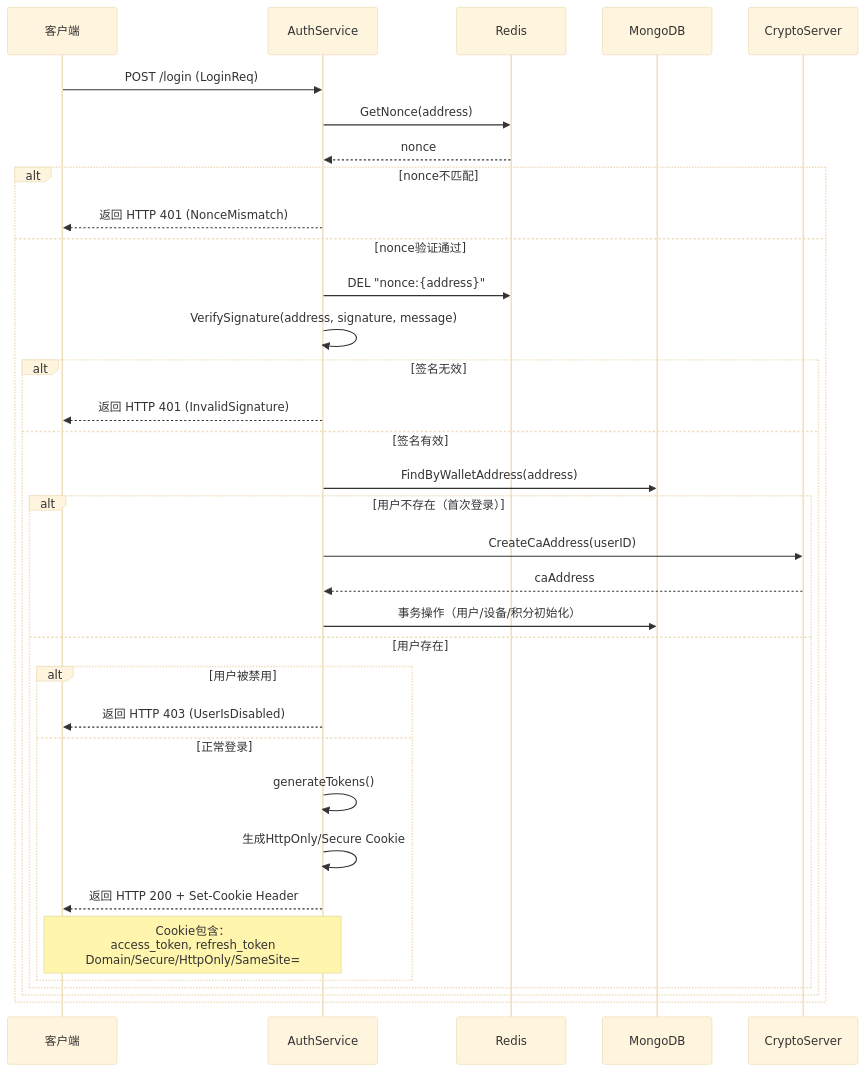
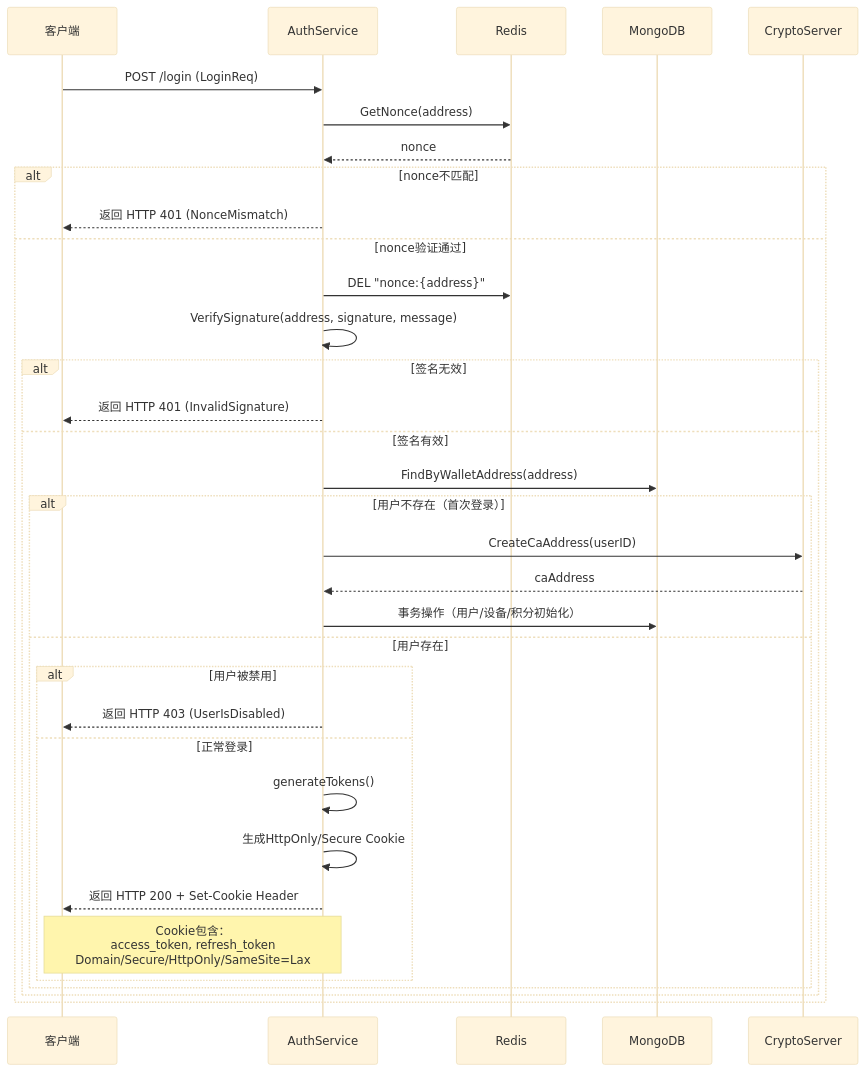
The diagram in all/未命名-2.md (yingjianzh/iodraw-files), drawn with Mermaid (base theme) before and after one commit.

Commit message:
2025-09-09 11:31:28 update

````diff
--- a/all/未命名-2.md
+++ b/all/未命名-2.md
@@ -1,37 +1,37 @@
 ```mermaid
 sequenceDiagram
     participant Client as 客户端
     participant AuthService as AuthService
     participant Redis as Redis
     participant MongoDB as MongoDB
     participant CryptoServer as CryptoServer
 
     Client->>AuthService: POST /login (LoginReq)
     AuthService->>Redis: GetNonce(address)
     Redis-->>AuthService: nonce
     alt nonce不匹配
         AuthService-->>Client: 返回 HTTP 401 (NonceMismatch)
     else nonce验证通过
         AuthService->>Redis: DEL "nonce:{address}" 
         AuthService->>AuthService: VerifySignature(address, signature, message)
         alt 签名无效
             AuthService-->>Client: 返回 HTTP 401 (InvalidSignature)
         else 签名有效
             AuthService->>MongoDB: FindByWalletAddress(address)
             alt 用户不存在（首次登录）
                 AuthService->>CryptoServer: CreateCaAddress(userID)
                 CryptoServer-->>AuthService: caAddress
                 AuthService->>MongoDB: 事务操作（用户/设备/积分初始化）
             else 用户存在
                 alt 用户被禁用
                     AuthService-->>Client: 返回 HTTP 403 (UserIsDisabled)
                 else 正常登录
                     AuthService->>AuthService: generateTokens()
                     AuthService->>AuthService: 生成HttpOnly/Secure Cookie
                     AuthService-->>Client: 返回 HTTP 200 + Set-Cookie Header
-                    Note over Client,AuthService: Cookie包含：<br>access_token, refresh_token<br>Domain/Secure/HttpOnly/SameSite=
+                    Note over Client,AuthService: Cookie包含：<br>access_token, refresh_token<br>Domain/Secure/HttpOnly/SameSite=Lax
                 end
             end
         end
     end
 ```
````
